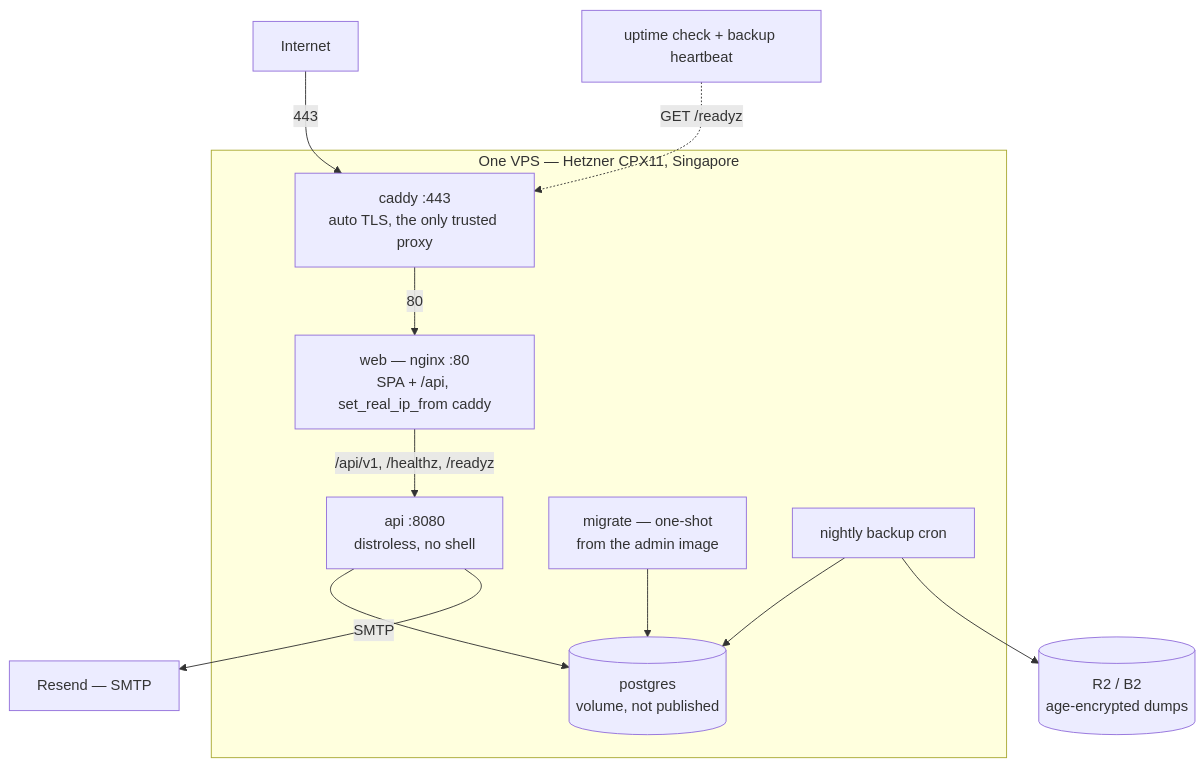
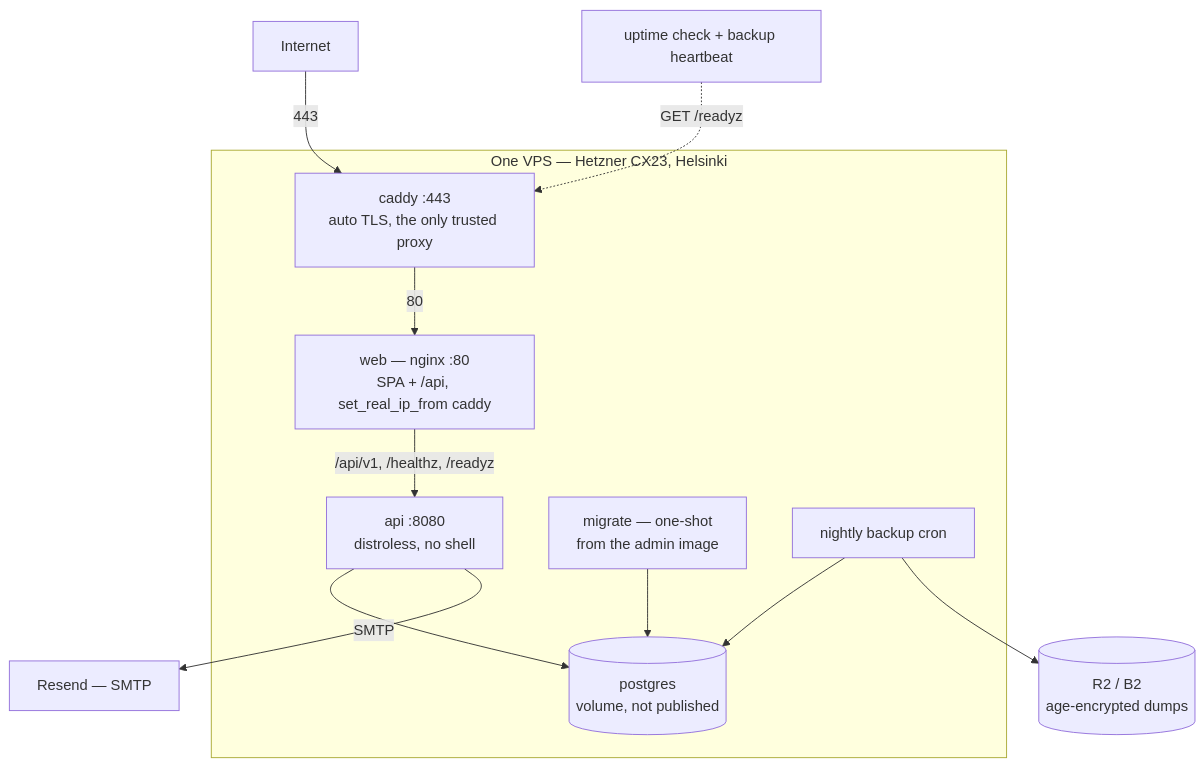
The diagram in docs/superpowers/specs/2026-08-10-hearth-production-deployment-design.md (oandrz/Household), drawn with Mermaid before and after one commit. The commit also changed other lines of this file and 4 other files, not shown here.

````diff
--- a/docs/superpowers/specs/2026-08-10-hearth-production-deployment-design.md
+++ b/docs/superpowers/specs/2026-08-10-hearth-production-deployment-design.md
@@ -192,27 +192,27 @@
 ```mermaid
 graph TD
     Internet["Internet"]
 
-    subgraph box["One VPS — Hetzner CPX11, Singapore"]
+    subgraph box["One VPS — Hetzner CX23, Helsinki"]
         Caddy["caddy :443<br/>auto TLS, the only trusted proxy"]
         Nginx["web — nginx :80<br/>SPA + /api, set_real_ip_from caddy"]
         API["api :8080<br/>distroless, no shell"]
         PG[("postgres<br/>volume, not published")]
         Migrate["migrate — one-shot<br/>from the admin image"]
         Cron["nightly backup cron"]
     end
 
     Relay["Resend — SMTP"]
     Bucket[("R2 / B2<br/>age-encrypted dumps")]
     Watch["uptime check + backup heartbeat"]
 
     Internet -->|"443"| Caddy
     Caddy -->|"80"| Nginx
     Nginx -->|"/api/v1, /healthz, /readyz"| API
     API --> PG
     API -->|SMTP| Relay
     Migrate --> PG
     Cron --> PG
     Cron --> Bucket
     Watch -.->|"GET /readyz"| Caddy
 ```
````
